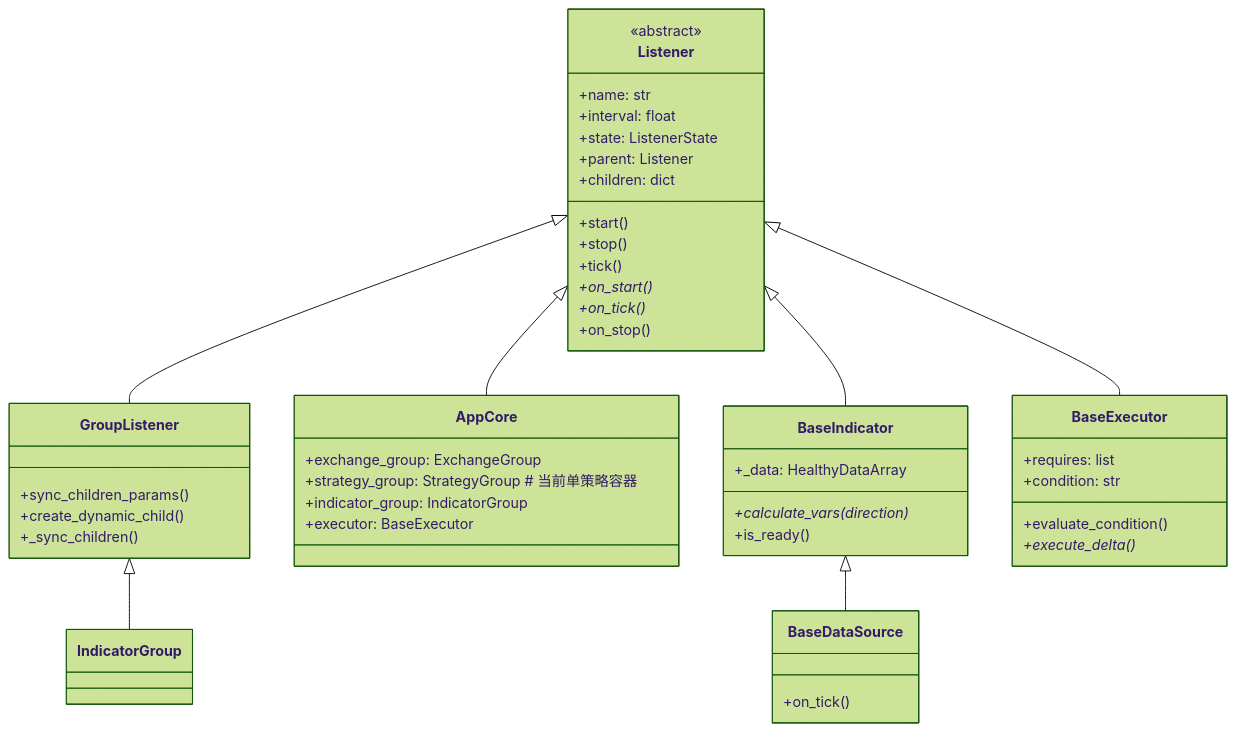
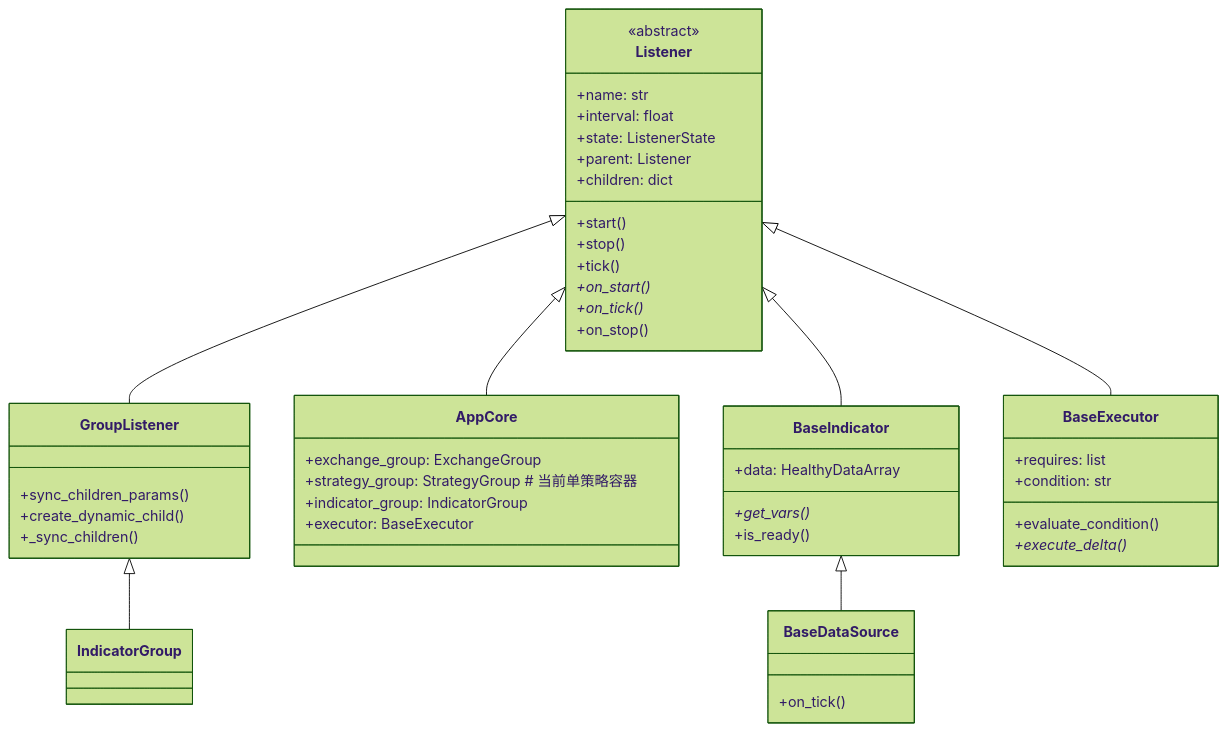
One commit to invoker-bot/HFT-Python changed the first of 3 diagrams in docs/architecture.md. Above: the diagram before and after it, drawn with Mermaid (forest theme). The commit also changed other lines of this file and 43 other files, not shown here.

````diff
--- a/docs/architecture.md
+++ b/docs/architecture.md
@@ -118,54 +122,54 @@
 ```mermaid
 classDiagram
     class Listener {
         <<abstract>>
         +name: str
         +interval: float
         +state: ListenerState
         +parent: Listener
         +children: dict
         +start()
         +stop()
         +tick()
         +on_start()*
         +on_tick()*
         +on_stop()
     }
 
     class GroupListener {
         +sync_children_params()
         +create_dynamic_child()
         +_sync_children()
     }
 
     class AppCore {
         +exchange_group: ExchangeGroup
         +strategy_group: StrategyGroup  # 当前单策略容器
         +indicator_group: IndicatorGroup
         +executor: BaseExecutor
     }
 
     class BaseIndicator {
-        +_data: HealthyDataArray
-        +calculate_vars(direction)*
+        +data: HealthyDataArray
+        +get_vars()*
         +is_ready()
     }
 
     class BaseDataSource {
         +on_tick()
     }
 
     class BaseExecutor {
         +requires: list
         +condition: str
         +evaluate_condition()
         +execute_delta()*
     }
 
     Listener <|-- GroupListener
     Listener <|-- AppCore
     Listener <|-- BaseIndicator
     Listener <|-- BaseExecutor
     GroupListener <|-- IndicatorGroup
     BaseIndicator <|-- BaseDataSource
 ```
````
